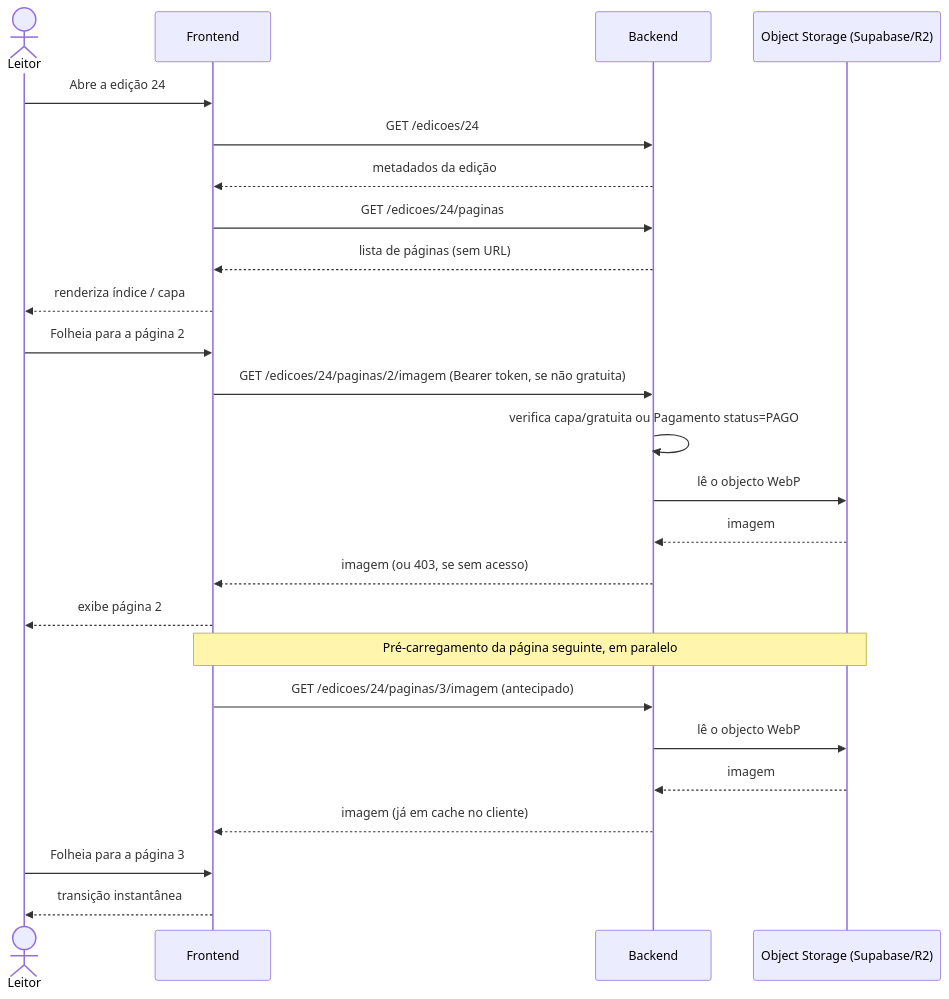
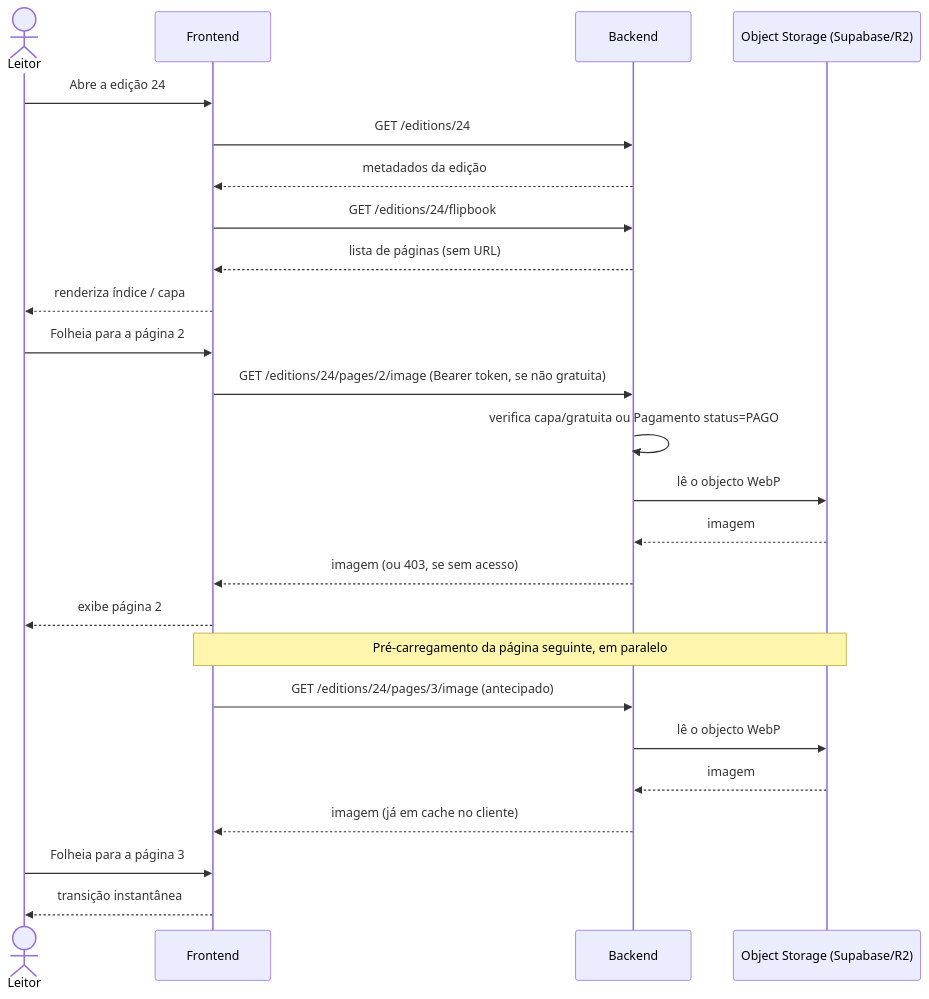
The first of 2 diagrams in concept/06-diagrams/ds-navigation.md (fititel-editorial/digital.zine), drawn with Mermaid before and after one commit. The commit also changed other lines of this file and 18 other files, not shown here.

````diff
--- a/concept/06-diagrams/ds-navigation.md
+++ b/concept/06-diagrams/ds-navigation.md
@@ -7,30 +7,30 @@
 ```mermaid
 sequenceDiagram
     actor Leitor
     participant Frontend
     participant Backend
     participant Storage as Object Storage (Supabase/R2)
 
     Leitor->>Frontend: Abre a edição 24
-    Frontend->>Backend: GET /edicoes/24
+    Frontend->>Backend: GET /editions/24
     Backend-->>Frontend: metadados da edição
-    Frontend->>Backend: GET /edicoes/24/paginas
+    Frontend->>Backend: GET /editions/24/flipbook
     Backend-->>Frontend: lista de páginas (sem URL)
     Frontend-->>Leitor: renderiza índice / capa
 
     Leitor->>Frontend: Folheia para a página 2
-    Frontend->>Backend: GET /edicoes/24/paginas/2/imagem (Bearer token, se não gratuita)
+    Frontend->>Backend: GET /editions/24/pages/2/image (Bearer token, se não gratuita)
     Backend->>Backend: verifica capa/gratuita ou Pagamento status=PAGO
     Backend->>Storage: lê o objecto WebP
     Storage-->>Backend: imagem
     Backend-->>Frontend: imagem (ou 403, se sem acesso)
     Frontend-->>Leitor: exibe página 2
 
     Note over Frontend,Storage: Pré-carregamento da página seguinte, em paralelo
-    Frontend->>Backend: GET /edicoes/24/paginas/3/imagem (antecipado)
+    Frontend->>Backend: GET /editions/24/pages/3/image (antecipado)
     Backend->>Storage: lê o objecto WebP
     Storage-->>Backend: imagem
     Backend-->>Frontend: imagem (já em cache no cliente)
     Leitor->>Frontend: Folheia para a página 3
     Frontend-->>Leitor: transição instantânea
 ```
````
